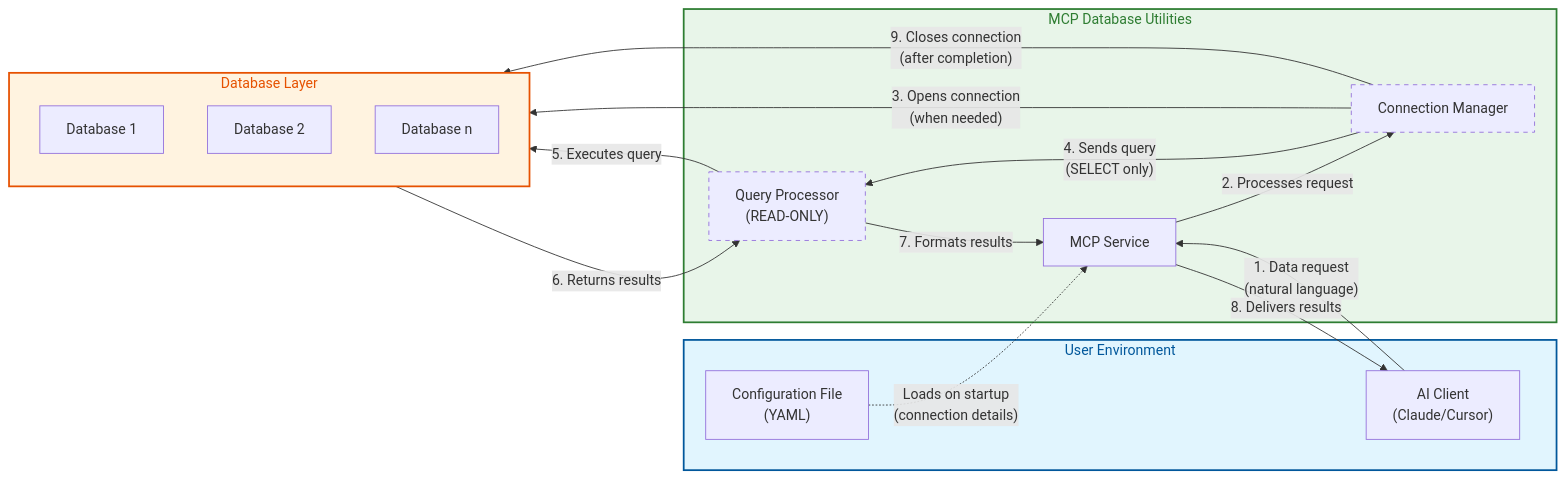
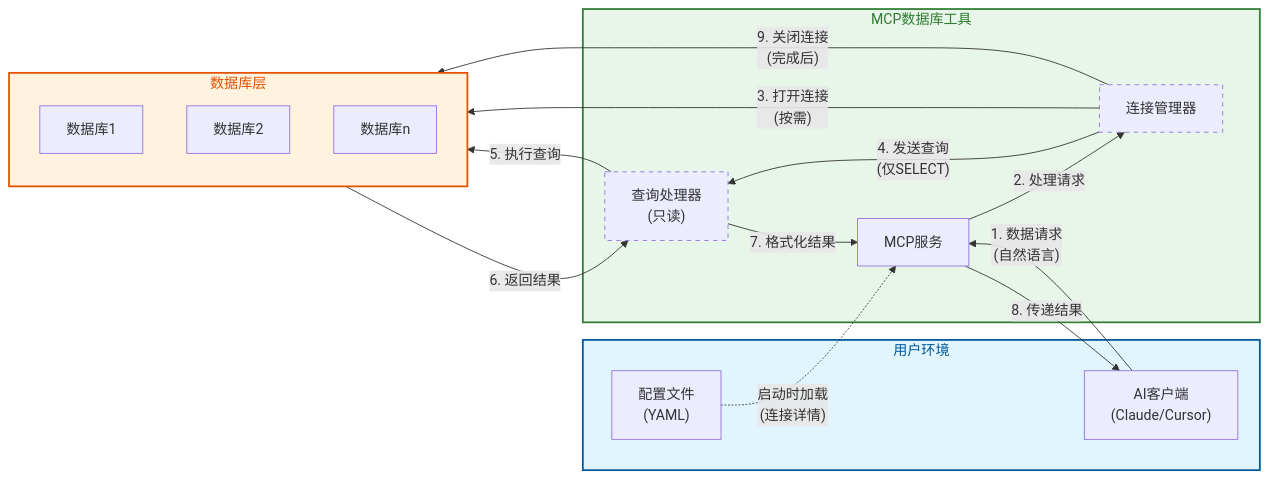
Before and after one commit to donghao1393/mcp-dbutils: the second of 2 diagrams in docs/technical-guide.md, drawn with Mermaid. The commit also changed other lines of this file, not shown here.

Commit message:
docs: 完善通信模式图表，翻译为中文并修正换行格式

````diff
--- a/docs/technical-guide.md
+++ b/docs/technical-guide.md
@@ -306,44 +306,44 @@
 ```mermaid
 flowchart LR
-    subgraph User["User Environment"]
-        Client["AI Client\n(Claude/Cursor)"]
-        ConfigFile["Configuration File\n(YAML)"]
+    subgraph User["用户环境"]
+        Client["AI客户端<br>(Claude/Cursor)"]
+        ConfigFile["配置文件<br>(YAML)"]
     end
     
-    subgraph MCP["MCP Database Utilities"]
-        MCPService["MCP Service"]
-        ConnectionManager["Connection Manager"]
-        QueryProcessor["Query Processor\n(READ-ONLY)"]
+    subgraph MCP["MCP数据库工具"]
+        MCPService["MCP服务"]
+        ConnectionManager["连接管理器"]
+        QueryProcessor["查询处理器<br>(只读)"]
     end
     
-    subgraph Databases["Database Layer"]
-        DB1["Database 1"]
-        DB2["Database 2"]
-        DBn["Database n"]
+    subgraph Databases["数据库层"]
+        DB1["数据库1"]
+        DB2["数据库2"]
+        DBn["数据库n"]
     end
     
-    %% Communication flows
-    Client-- "1. Data request\n(natural language)" -->MCPService
-    ConfigFile-. "Loads on startup\n(connection details)" .->MCPService
-    MCPService-- "2. Processes request" -->ConnectionManager
-    ConnectionManager-- "3. Opens connection\n(when needed)" -->Databases
-    ConnectionManager-- "4. Sends query\n(SELECT only)" -->QueryProcessor
-    QueryProcessor-- "5. Executes query" -->Databases
-    Databases-- "6. Returns results" -->QueryProcessor
-    QueryProcessor-- "7. Formats results" -->MCPService
-    MCPService-- "8. Delivers results" -->Client
-    ConnectionManager-- "9. Closes connection\n(after completion)" -->Databases
+    %% 通信流程
+    Client-- "1. 数据请求<br>(自然语言)" -->MCPService
+    ConfigFile-. "启动时加载<br>(连接详情)" .->MCPService
+    MCPService-- "2. 处理请求" -->ConnectionManager
+    ConnectionManager-- "3. 打开连接<br>(按需)" -->Databases
+    ConnectionManager-- "4. 发送查询<br>(仅SELECT)" -->QueryProcessor
+    QueryProcessor-- "5. 执行查询" -->Databases
+    Databases-- "6. 返回结果" -->QueryProcessor
+    QueryProcessor-- "7. 格式化结果" -->MCPService
+    MCPService-- "8. 传递结果" -->Client
+    ConnectionManager-- "9. 关闭连接<br>(完成后)" -->Databases
     
-    %% Styling
+    %% 样式
     classDef user fill:#e1f5fe,stroke:#01579b,stroke-width:2px,color:#01579b
     classDef mcp fill:#e8f5e9,stroke:#2e7d32,stroke-width:2px,color:#2e7d32
     classDef db fill:#fff3e0,stroke:#e65100,stroke-width:2px,color:#e65100
     
     class User user
     class MCP mcp
     class Databases db
     
-    %% Add security notes
+    %% 添加安全说明
     style ConnectionManager stroke-dasharray: 5 5
     style QueryProcessor stroke-dasharray: 5 5
 ```
````
